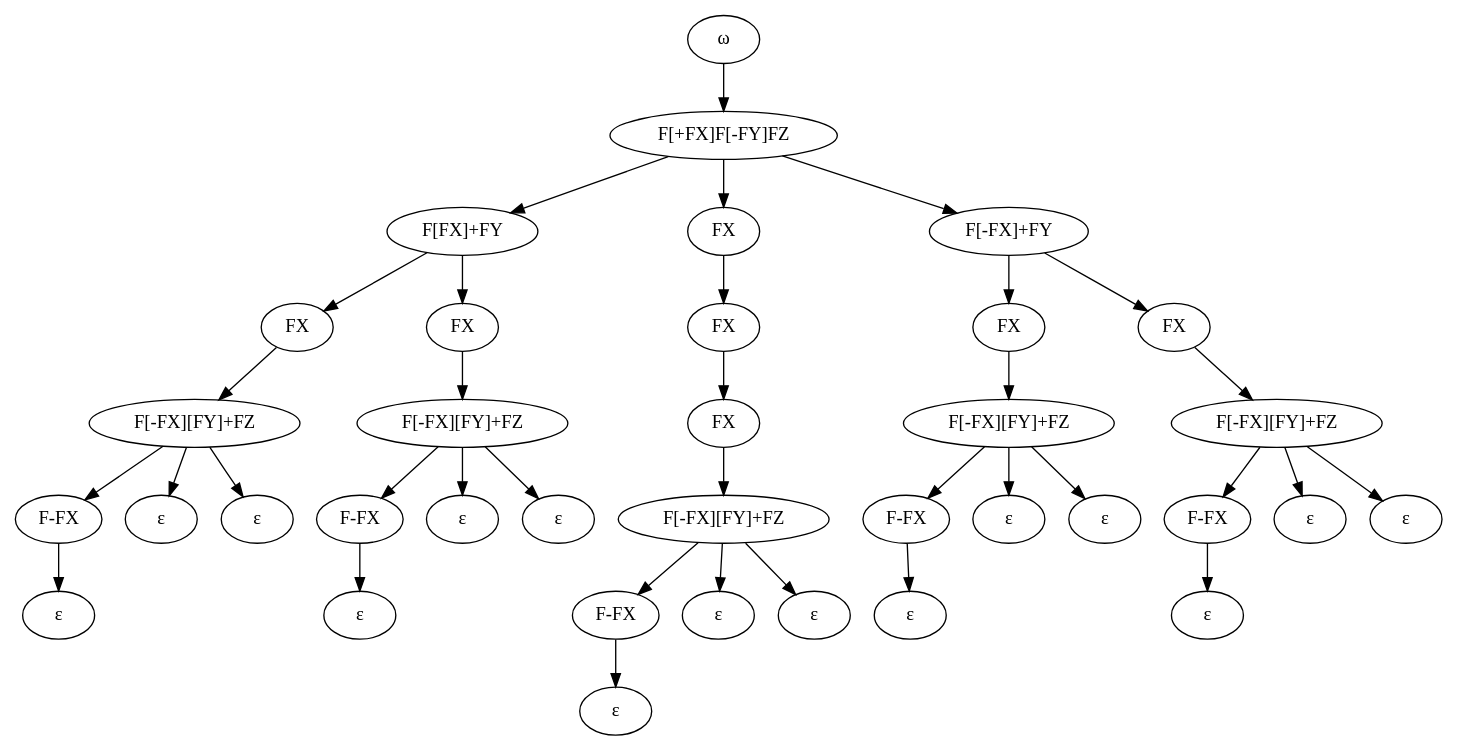
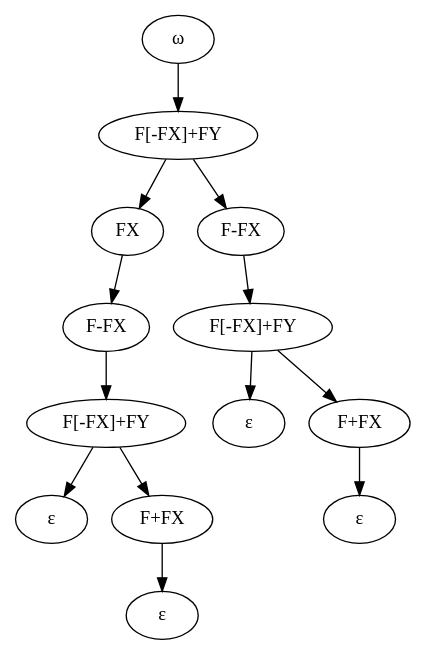
The diagram in Generator/user_structure.dot (adrian-helberg/bachelor), drawn with Graphviz before and after one commit. The commit also changed 3 other files, not shown here.

```diff
--- a/Generator/user_structure.dot
+++ b/Generator/user_structure.dot
@@ -1,73 +1,27 @@
 digraph {
 omega [label="ω"]
-0 [label="F[+FX]F[-FY]FZ"]
-1 [label="F[FX]+FY"]
-2 [label="FX"]
-3 [label="F[-FX]+FY"]
-4 [label="FX"]
-5 [label="FX"]
-6 [label="FX"]
-7 [label="FX"]
-8 [label="FX"]
-9 [label="F[-FX][FY]+FZ"]
-10 [label="F[-FX][FY]+FZ"]
-11 [label="FX"]
-12 [label="F[-FX][FY]+FZ"]
-13 [label="F[-FX][FY]+FZ"]
-14 [label="F-FX"]
-15 [label="ε"]
-16 [label="ε"]
-17 [label="F-FX"]
-18 [label="ε"]
-19 [label="ε"]
-20 [label="F[-FX][FY]+FZ"]
-21 [label="F-FX"]
-22 [label="ε"]
-23 [label="ε"]
-24 [label="F-FX"]
-25 [label="ε"]
-26 [label="ε"]
-27 [label="ε"]
-28 [label="ε"]
-29 [label="F-FX"]
-30 [label="ε"]
-31 [label="ε"]
-32 [label="ε"]
-33 [label="ε"]
-34 [label="ε"]
+0 [label="F[-FX]+FY"]
+1 [label="FX"]
+2 [label="F-FX"]
+3 [label="F-FX"]
+4 [label="F[-FX]+FY"]
+5 [label="F[-FX]+FY"]
+6 [label="ε"]
+7 [label="F+FX"]
+8 [label="ε"]
+9 [label="F+FX"]
+10 [label="ε"]
+11 [label="ε"]
 omega -> 0
 0 -> 1
 0 -> 2
-0 -> 3
-1 -> 4
-1 -> 5
-2 -> 6
-3 -> 7
-3 -> 8
-4 -> 9
-5 -> 10
-6 -> 11
-7 -> 12
-8 -> 13
-9 -> 14
-9 -> 15
-9 -> 16
-10 -> 17
-10 -> 18
-10 -> 19
-11 -> 20
-12 -> 21
-12 -> 22
-12 -> 23
-13 -> 24
-13 -> 25
-13 -> 26
-14 -> 27
-17 -> 28
-20 -> 29
-20 -> 30
-20 -> 31
-21 -> 32
-24 -> 33
-29 -> 34
+1 -> 3
+2 -> 4
+3 -> 5
+4 -> 6
+4 -> 7
+5 -> 8
+5 -> 9
+7 -> 10
+9 -> 11
 }
```
